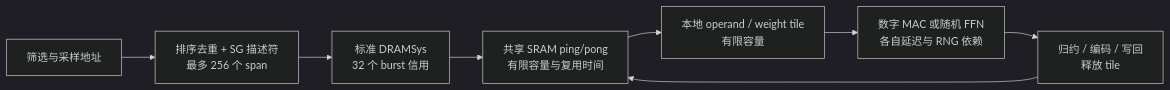
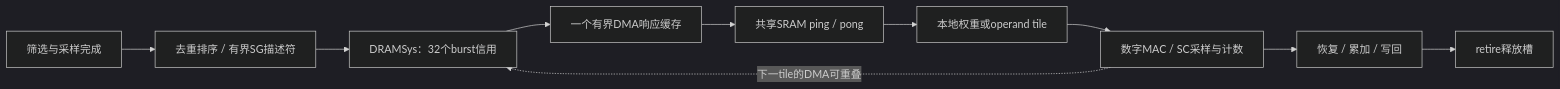
The diagram in architecture_tlm/unified_v6/MATURE_SCHEDULING_ZH.md (rayggxia-workspace/pbit-llm-qwen-baselines), drawn with Mermaid (dark theme) before and after one commit. The commit also changed other lines of this file and 188 other files, not shown here.

````diff
--- a/architecture_tlm/unified_v6/MATURE_SCHEDULING_ZH.md
+++ b/architecture_tlm/unified_v6/MATURE_SCHEDULING_ZH.md
@@ -15,10 +37,12 @@
 ```mermaid
 flowchart LR
-    D[标准 DRAMSys\n32 个 burst 信用] --> P[共享 SRAM ping/pong\n有限容量与复用时间]
-    P --> L[本地 operand / weight tile\n有限容量]
-    L --> C[数字 MAC 或随机 FFN\n各自延迟与 RNG 依赖]
-    C --> R[归约 / 编码 / 写回\n释放 tile]
-    R --> P
-    A[筛选与采样地址] --> G[排序去重 + SG 描述符\n最多 256 个 span]
+    D[DRAMSys：32个burst信用] --> R[一个有界DMA响应缓存]
+    R --> S[共享SRAM ping / pong]
+    S --> L[本地权重或operand tile]
+    L --> C[数字MAC / SC采样与计数]
+    C --> F[恢复 / 累加 / 写回]
+    F --> X[retire释放槽]
+    C -.下一tile的DMA可重叠.-> D
+    A[筛选与采样完成] --> G[去重排序 / 有界SG描述符]
     G --> D
 ```
````
